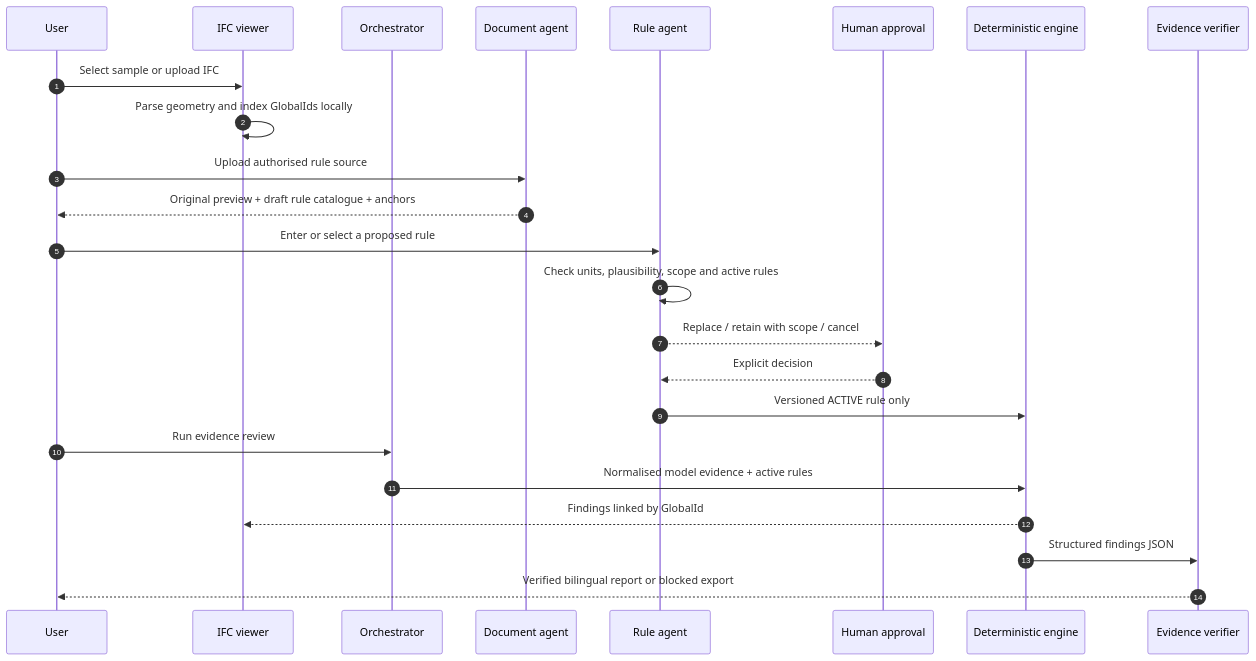
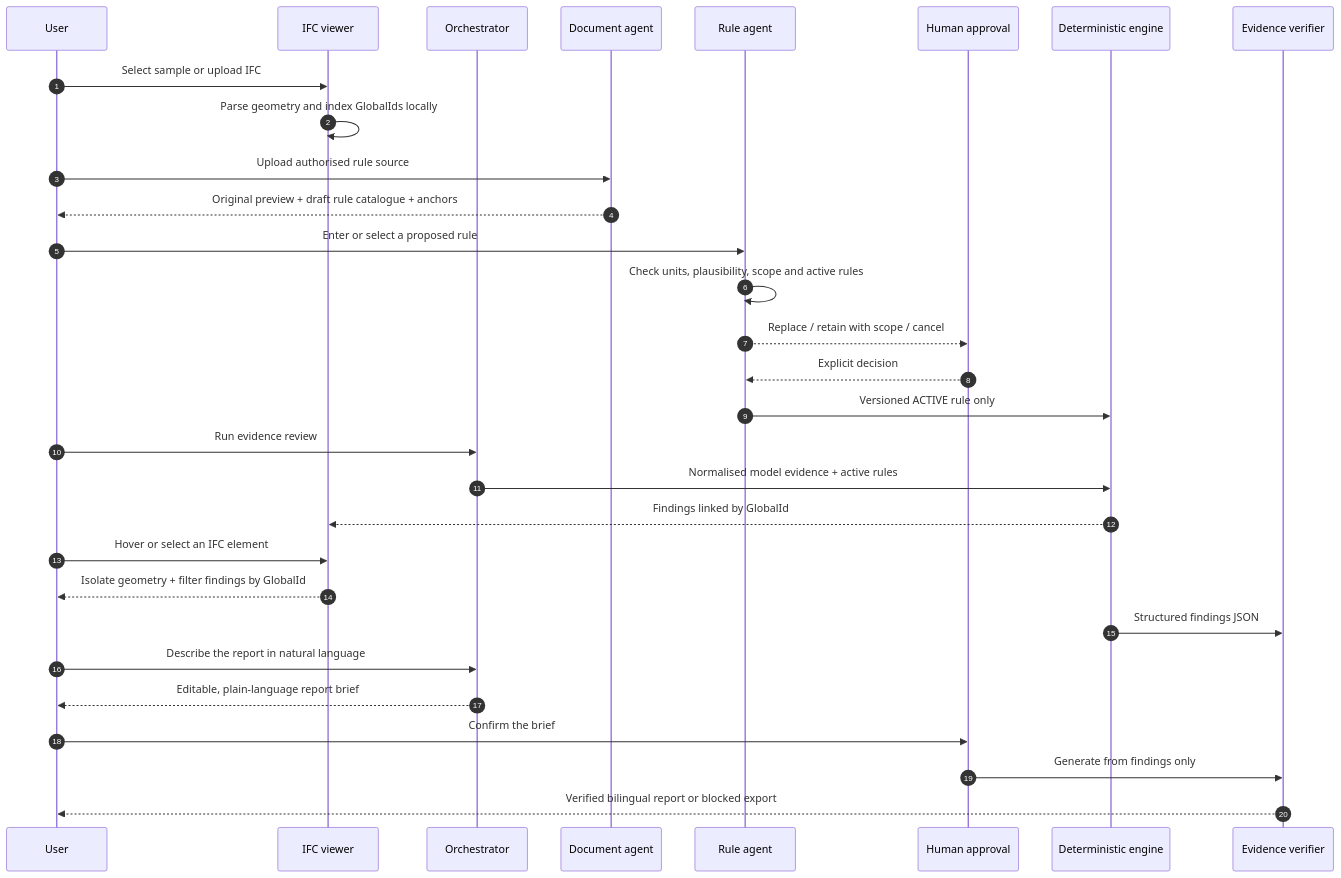
Before and after one commit to junnaifj/bim-compliance-evidence-agent: the diagram in docs/SSD.md, drawn with Mermaid. The commit also changed other lines of this file and 10 other files, not shown here.

Commit message:
feat: add element isolation and report agent

````diff
--- a/docs/SSD.md
+++ b/docs/SSD.md
@@ -5,27 +5,33 @@
 ```mermaid
 sequenceDiagram
     autonumber
     participant U as User
     participant V as IFC viewer
     participant O as Orchestrator
     participant D as Document agent
     participant R as Rule agent
     participant H as Human approval
     participant E as Deterministic engine
     participant X as Evidence verifier
 
     U->>V: Select sample or upload IFC
     V->>V: Parse geometry and index GlobalIds locally
     U->>D: Upload authorised rule source
     D-->>U: Original preview + draft rule catalogue + anchors
     U->>R: Enter or select a proposed rule
     R->>R: Check units, plausibility, scope and active rules
     R-->>H: Replace / retain with scope / cancel
     H-->>R: Explicit decision
     R->>E: Versioned ACTIVE rule only
     U->>O: Run evidence review
     O->>E: Normalised model evidence + active rules
     E-->>V: Findings linked by GlobalId
+    U->>V: Hover or select an IFC element
+    V-->>U: Isolate geometry + filter findings by GlobalId
     E->>X: Structured findings JSON
+    U->>O: Describe the report in natural language
+    O-->>U: Editable, plain-language report brief
+    U->>H: Confirm the brief
+    H->>X: Generate from findings only
     X-->>U: Verified bilingual report or blocked export
 ```
````
